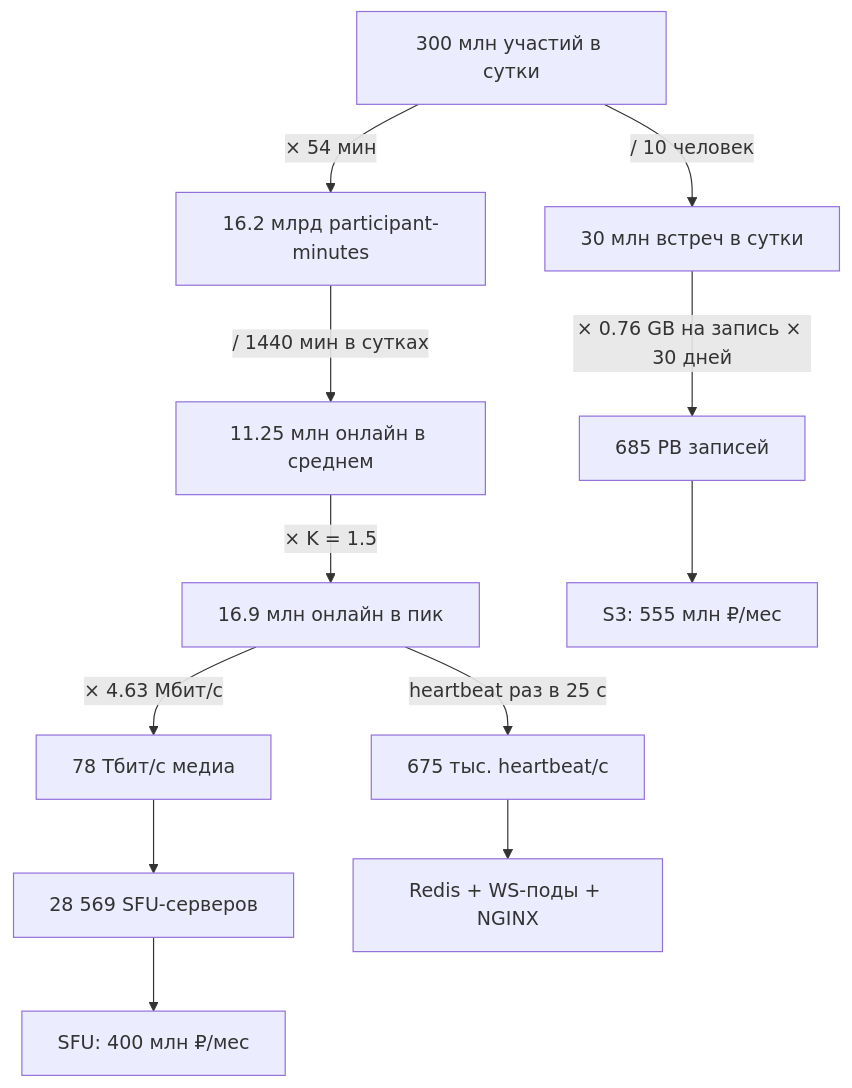
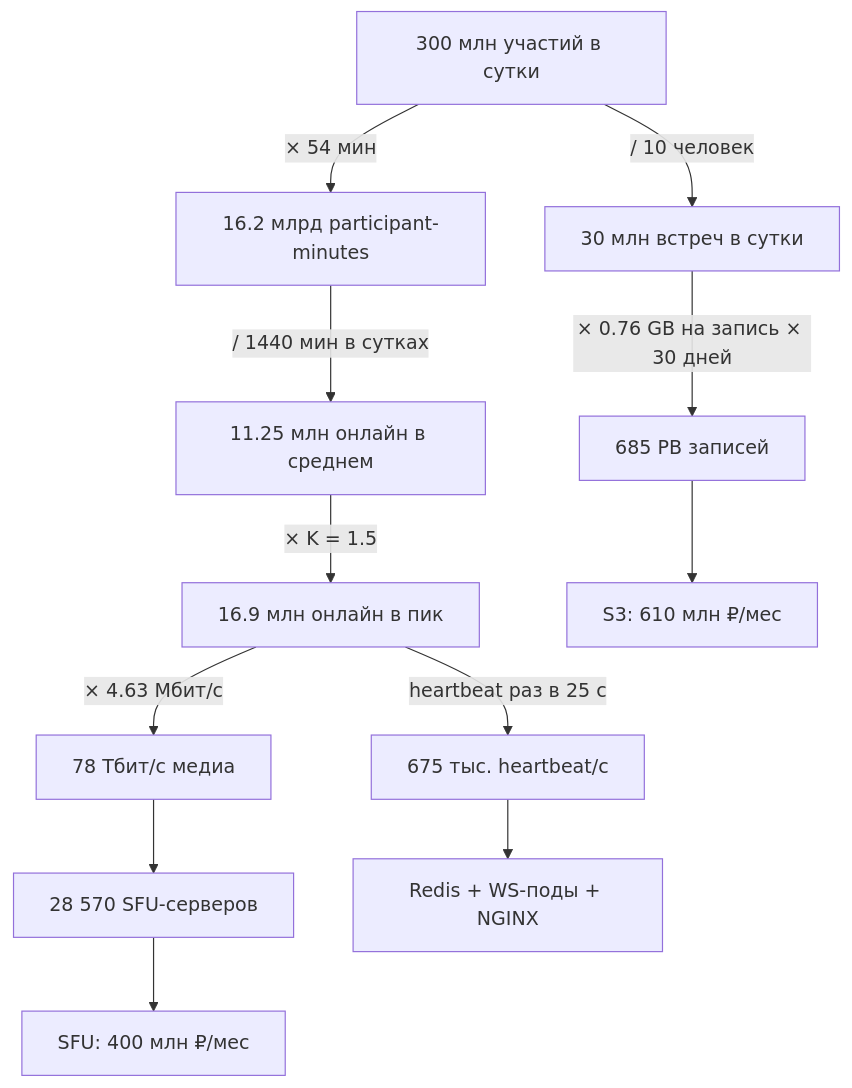
One commit to Danykrane/system_design changed the second of 2 diagrams in docs/разбор-работы.md. Above: the diagram before and after it, drawn with Mermaid. The commit also changed other lines of this file and 7 other files, not shown here.

````diff
--- a/docs/разбор-работы.md
+++ b/docs/разбор-работы.md
@@ -59,14 +59,14 @@
 ```mermaid
 flowchart TD
     A["300 млн участий в сутки"] -->|"/ 10 человек"| B["30 млн встреч в сутки"]
     A -->|"× 54 мин"| C["16.2 млрд participant-minutes"]
     C -->|"/ 1440 мин в сутках"| D["11.25 млн онлайн в среднем"]
     D -->|"× K = 1.5"| E["16.9 млн онлайн в пик"]
     E -->|"× 4.63 Мбит/с"| F["78 Тбит/с медиа"]
     E -->|"heartbeat раз в 25 с"| G["675 тыс. heartbeat/с"]
     B -->|"× 0.76 GB на запись × 30 дней"| H["685 PB записей"]
-    F --> I["28 569 SFU-серверов"]
+    F --> I["28 570 SFU-серверов"]
     G --> J["Redis + WS-поды + NGINX"]
-    H --> K["S3: 555 млн ₽/мес"]
+    H --> K["S3: 610 млн ₽/мес"]
     I --> L["SFU: 400 млн ₽/мес"]
 ```
````
